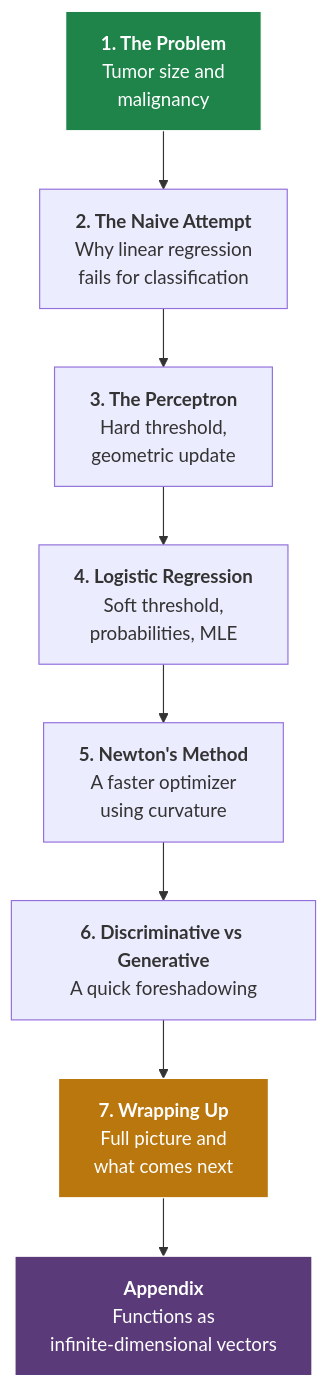
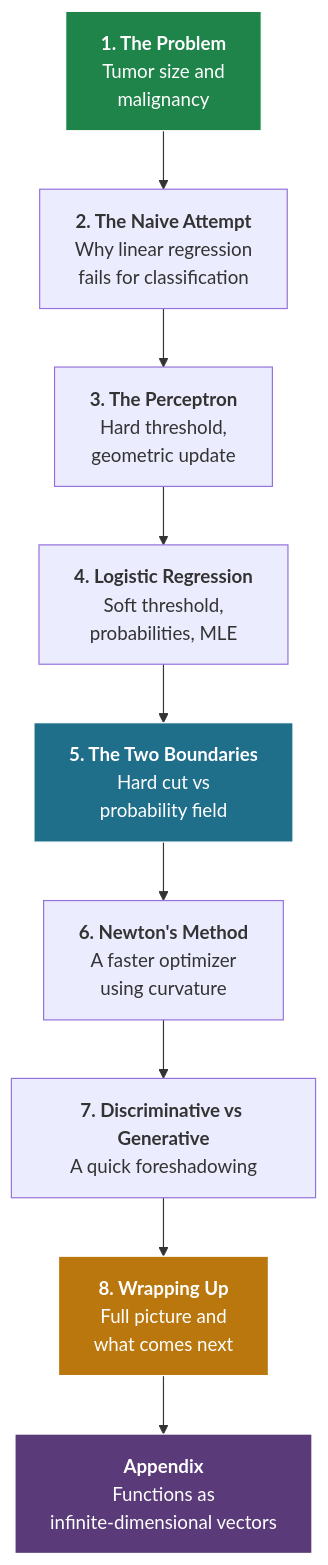
Before and after one commit to SushrutGaikwad/SushrutGaikwad.github.io: the first of 5 diagrams in blog/published/classification-perceptron-logistic-regression/index.qmd, drawn with Mermaid. The commit also changed other lines of this file and 19 other files, not shown here.

````diff
--- a/blog/published/classification-perceptron-logistic-regression/index.qmd
+++ b/blog/published/classification-perceptron-logistic-regression/index.qmd
@@ -35,17 +37,19 @@
 ```{mermaid}
 %%| fig-align: center
 flowchart TB
     A["<b>1. The Problem</b><br/>Tumor size and<br/>malignancy"]
     B["<b>2. The Naive Attempt</b><br/>Why linear regression<br/>fails for classification"]
     C["<b>3. The Perceptron</b><br/>Hard threshold,<br/>geometric update"]
     D["<b>4. Logistic Regression</b><br/>Soft threshold,<br/>probabilities, MLE"]
-    E["<b>5. Newton's Method</b><br/>A faster optimizer<br/>using curvature"]
-    F["<b>6. Discriminative vs Generative</b><br/>A quick foreshadowing"]
-    G["<b>7. Wrapping Up</b><br/>Full picture and<br/>what comes next"]
-    H["<b>Appendix</b><br/>Functions as<br/>infinite-dimensional vectors"]
-    A --> B --> C --> D --> E --> F --> G --> H
+    E["<b>5. The Two Boundaries</b><br/>Hard cut vs<br/>probability field"]
+    F["<b>6. Newton's Method</b><br/>A faster optimizer<br/>using curvature"]
+    G["<b>7. Discriminative vs Generative</b><br/>A quick foreshadowing"]
+    H["<b>8. Wrapping Up</b><br/>Full picture and<br/>what comes next"]
+    I["<b>Appendix</b><br/>Functions as<br/>infinite-dimensional vectors"]
+    A --> B --> C --> D --> E --> F --> G --> H --> I
 
     style A fill:#1e8449,color:#fff,stroke:#fff
-    style G fill:#b9770e,color:#fff,stroke:#fff
-    style H fill:#5a3a78,color:#fff,stroke:#fff
+    style E fill:#1f6f8b,color:#fff,stroke:#fff
+    style H fill:#b9770e,color:#fff,stroke:#fff
+    style I fill:#5a3a78,color:#fff,stroke:#fff
 ```
````
